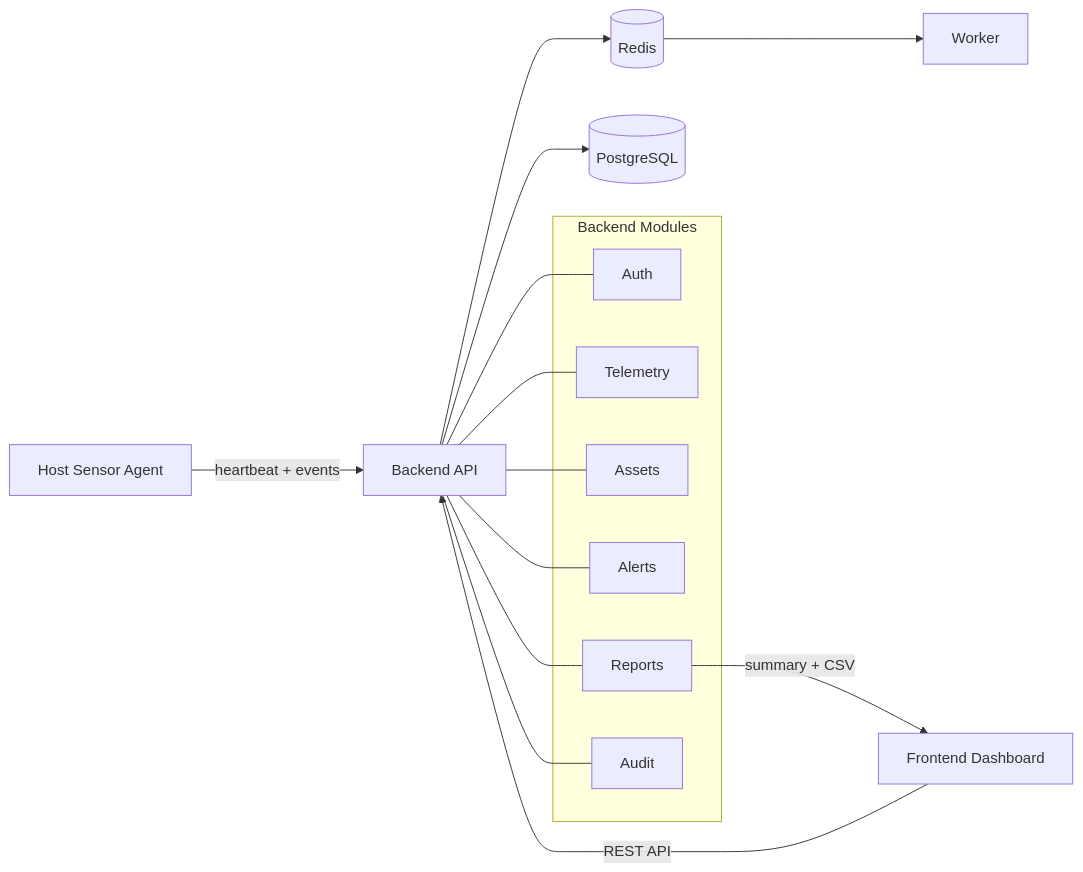
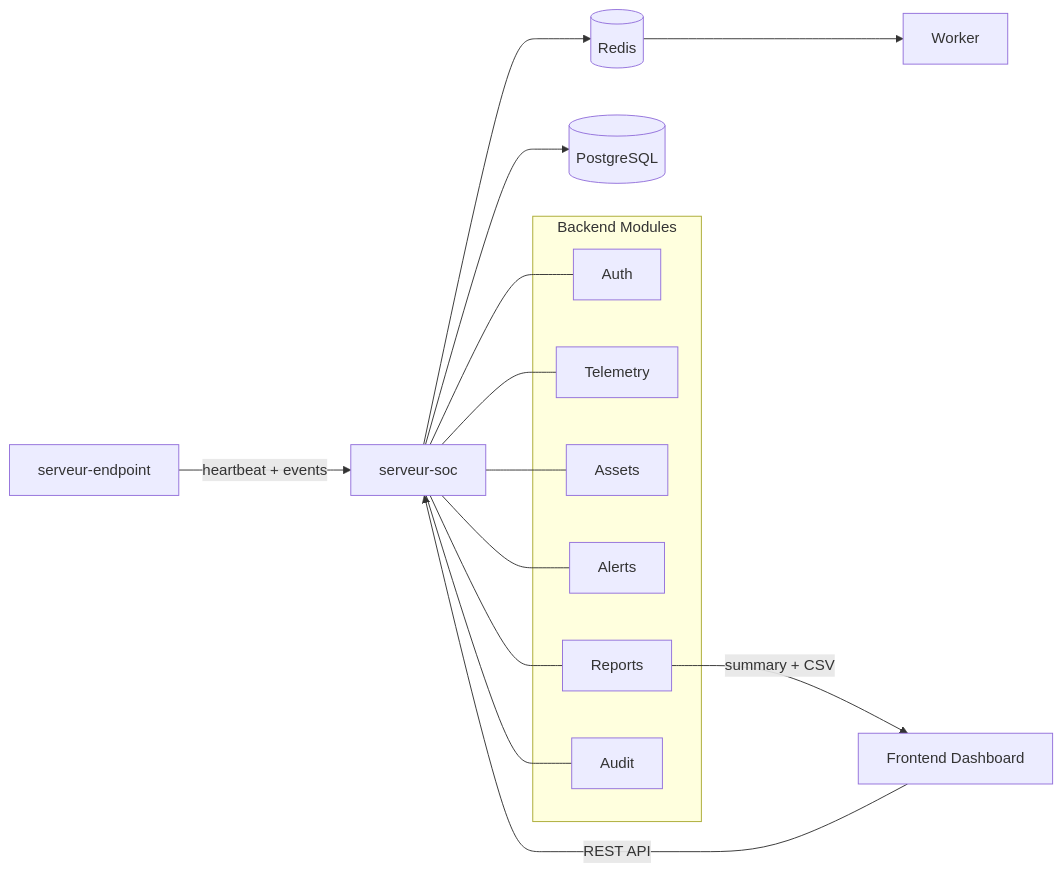
One commit to yugmerabtene/PROJET-M2-CYBER-2026 changed the diagram in README.md. Above: the diagram before and after it, drawn with Mermaid. The commit also changed 4 other files, not shown here.

````diff
--- a/README.md
+++ b/README.md
@@ -20,26 +20,26 @@
 ```mermaid
 flowchart LR
-    A[Host Sensor Agent] -->|heartbeat + events| B[Backend API]
+    A[serveur-endpoint] -->|heartbeat + events| B[serveur-soc]
     B --> C[(PostgreSQL)]
     B --> D[(Redis)]
     D --> E[Worker]
 
     subgraph Backend Modules
       B1[Auth]
       B2[Telemetry]
       B3[Assets]
       B4[Alerts]
       B5[Reports]
       B6[Audit]
     end
 
     B --- B1
     B --- B2
     B --- B3
     B --- B4
     B --- B5
     B --- B6
 
     F[Frontend Dashboard] -->|REST API| B
     B5 -->|summary + CSV| F
 ```
````
